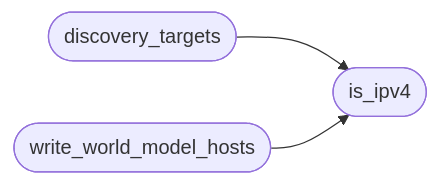
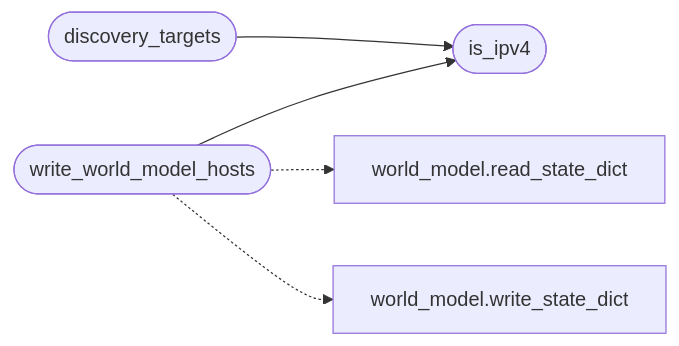
The diagram in readmenator-apidocs/modules/modules.surface_ops.py.md (grisuno/LazyOwn), drawn with Mermaid before and after one commit. The commit also changed other lines of this file and 496 other files, not shown here.

First line of the commit message:
test: A mediator architecture is implemented with a safety harness inspired by Apollo 11.

````diff
--- a/readmenator-apidocs/modules/modules.surface_ops.py.md
+++ b/readmenator-apidocs/modules/modules.surface_ops.py.md
@@ -17,8 +17,12 @@
 ```mermaid
 flowchart LR
     n_modules_surface_ops_py__discovery_targets(["discovery_targets"])
     n_modules_surface_ops_py__is_ipv4(["is_ipv4"])
     n_modules_surface_ops_py__write_world_model_hosts(["write_world_model_hosts"])
+    n_modules_world_model_py__read_state_dict["world_model.read_state_dict"]
+    n_modules_world_model_py__write_state_dict["world_model.write_state_dict"]
     n_modules_surface_ops_py__discovery_targets --> n_modules_surface_ops_py__is_ipv4
     n_modules_surface_ops_py__write_world_model_hosts --> n_modules_surface_ops_py__is_ipv4
+    n_modules_surface_ops_py__write_world_model_hosts -.-> n_modules_world_model_py__read_state_dict
+    n_modules_surface_ops_py__write_world_model_hosts -.-> n_modules_world_model_py__write_state_dict
 ```
````
